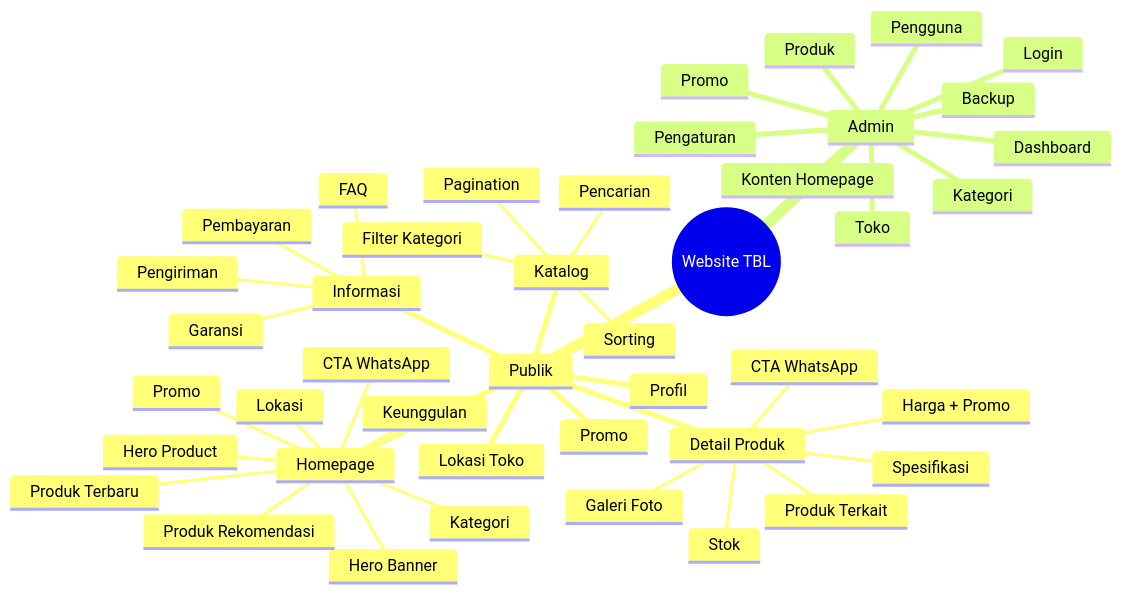
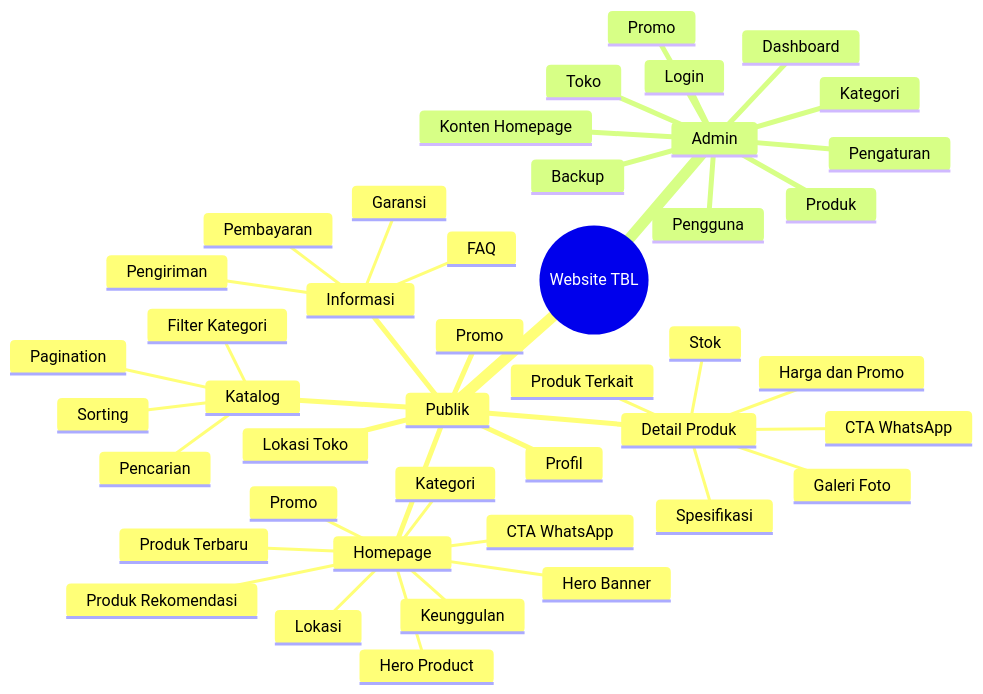
One commit to sekarpratama/project1 changed diagram 11 of 19 in README.md. Above: the diagram before and after it, drawn with Mermaid. The commit also changed other lines of this file, not shown here.

````diff
--- a/README.md
+++ b/README.md
@@ -626,46 +671,46 @@
 ```mermaid
 mindmap
   root((Website TBL))
     Publik
       Homepage
         Hero Banner
         Promo
         Hero Product
         Kategori
         Produk Terbaru
         Produk Rekomendasi
         Keunggulan
         CTA WhatsApp
         Lokasi
       Katalog
         Filter Kategori
         Pencarian
         Sorting
         Pagination
       Detail Produk
         Galeri Foto
         Spesifikasi
-        Harga + Promo
+        Harga dan Promo
         Stok
         CTA WhatsApp
         Produk Terkait
       Promo
       Profil
       Lokasi Toko
       Informasi
         Pengiriman
         Pembayaran
         Garansi
         FAQ
     Admin
       Login
       Dashboard
       Produk
       Kategori
       Promo
       Konten Homepage
       Toko
       Pengguna
       Pengaturan
       Backup
 ```
````
